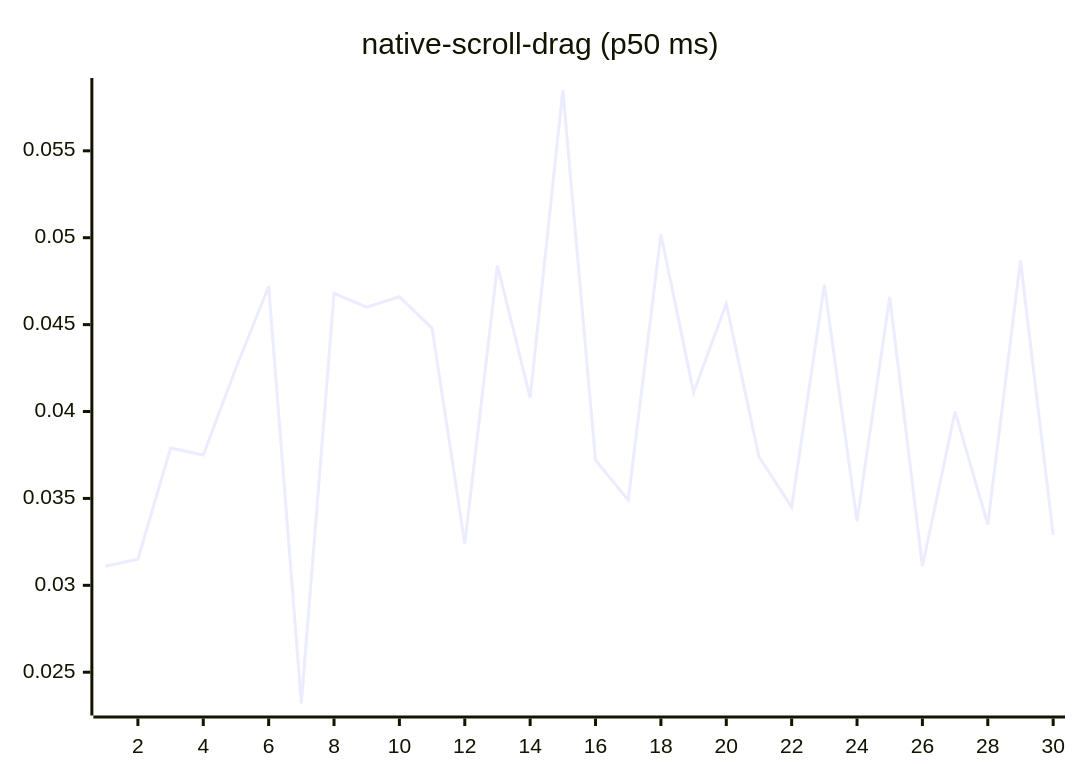
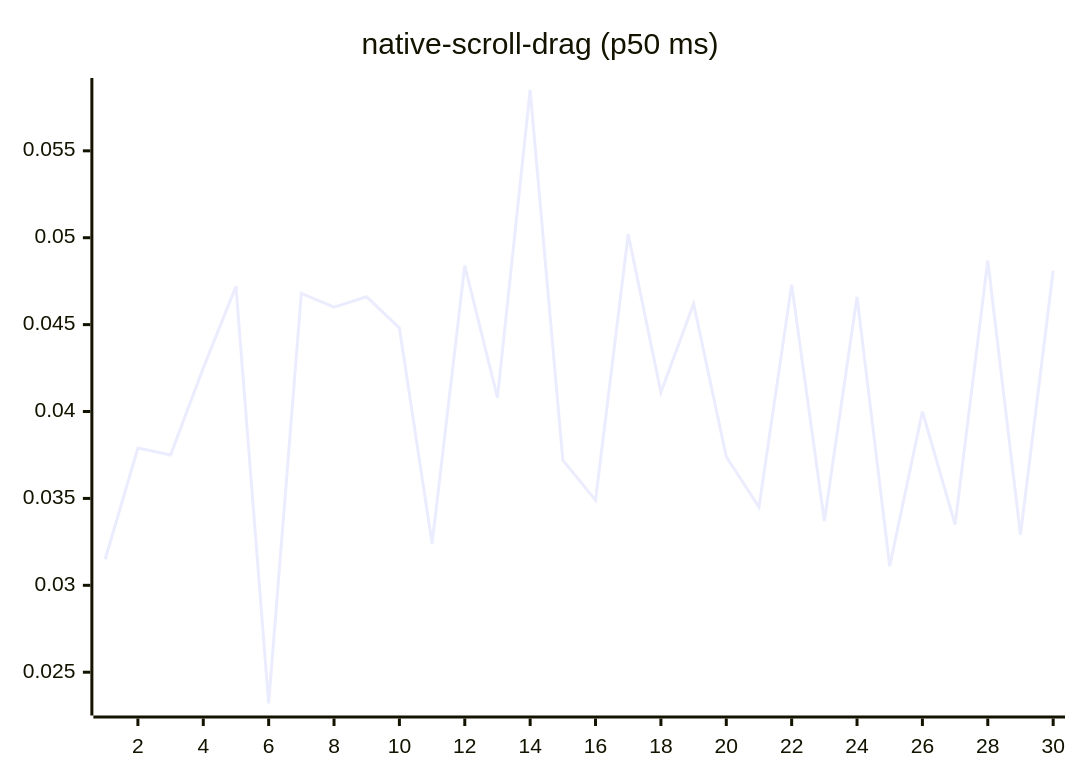
Diagram 14 of 27 in README.md (josha/Facet), drawn with Mermaid before and after one commit. The commit also changed other lines of this file and 2 other files, not shown here.

````diff
--- a/README.md
+++ b/README.md
@@ -154,6 +154,6 @@
 ```mermaid
 xychart-beta
     title "native-scroll-drag (p50 ms)"
     x-axis 1 --> 30
-    line [0.0311, 0.0315, 0.0379, 0.0375, 0.0425, 0.0472, 0.0232, 0.0468, 0.0460, 0.0466, 0.0448, 0.0324, 0.0484, 0.0408, 0.0585, 0.0372, 0.0349, 0.0502, 0.0411, 0.0462, 0.0374, 0.0345, 0.0473, 0.0337, 0.0466, 0.0311, 0.0400, 0.0335, 0.0487, 0.0329]
+    line [0.0315, 0.0379, 0.0375, 0.0425, 0.0472, 0.0232, 0.0468, 0.0460, 0.0466, 0.0448, 0.0324, 0.0484, 0.0408, 0.0585, 0.0372, 0.0349, 0.0502, 0.0411, 0.0462, 0.0374, 0.0345, 0.0473, 0.0337, 0.0466, 0.0311, 0.0400, 0.0335, 0.0487, 0.0329, 0.0481]
 ```
````
